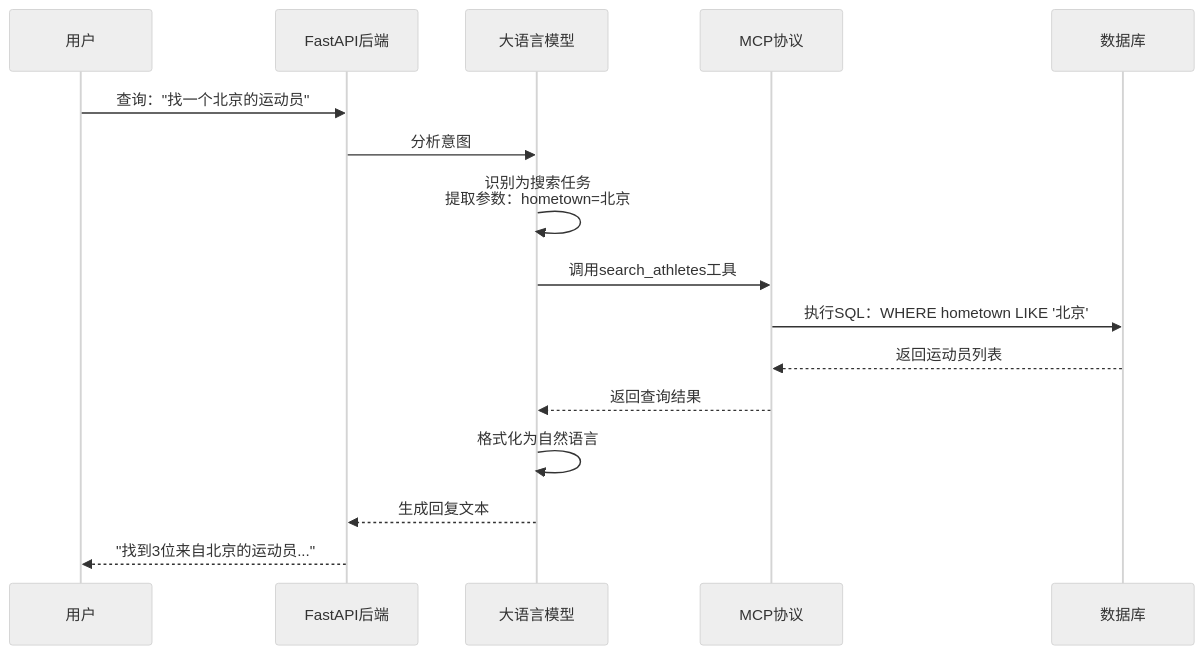
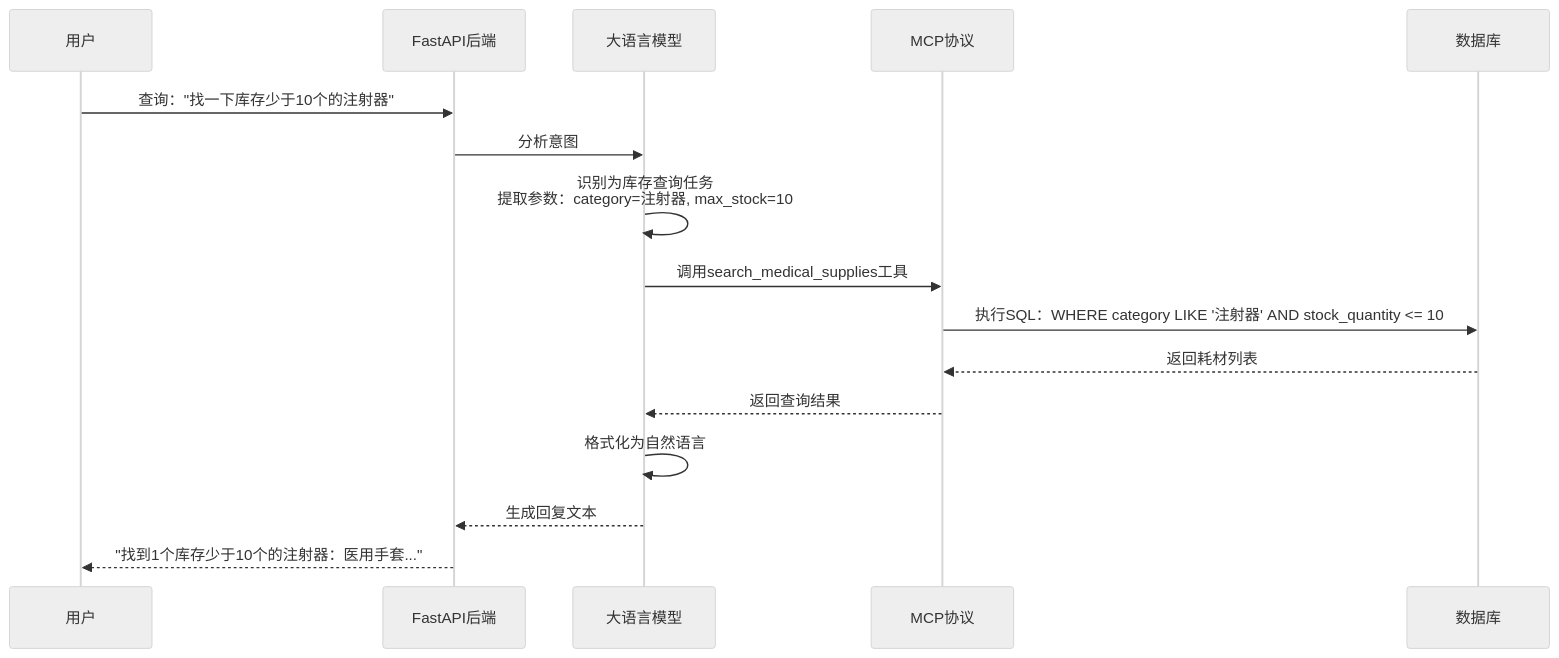
The first of 2 diagrams in tasks/简化版_核心调用链路流程图.md (LiuCH4NG/athlete_player_ai_manager), drawn with Mermaid (neutral theme) before and after one commit. The commit also changed other lines of this file and 10 other files, not shown here.

````diff
--- a/tasks/简化版_核心调用链路流程图.md
+++ b/tasks/简化版_核心调用链路流程图.md
@@ -3,19 +3,19 @@
 ```mermaid
 sequenceDiagram
     participant User as 用户
     participant Backend as FastAPI后端
     participant LLM as 大语言模型
     participant MCP as MCP协议
     participant DB as 数据库
 
-    User->>Backend: 查询："找一个北京的运动员"
+    User->>Backend: 查询："找一下库存少于10个的注射器"
     Backend->>LLM: 分析意图
-    LLM->>LLM: 识别为搜索任务<br/>提取参数：hometown=北京
-    LLM->>MCP: 调用search_athletes工具
-    MCP->>DB: 执行SQL：WHERE hometown LIKE '北京'
-    DB-->>MCP: 返回运动员列表
+    LLM->>LLM: 识别为库存查询任务<br/>提取参数：category=注射器, max_stock=10
+    LLM->>MCP: 调用search_medical_supplies工具
+    MCP->>DB: 执行SQL：WHERE category LIKE '注射器' AND stock_quantity <= 10
+    DB-->>MCP: 返回耗材列表
     MCP-->>LLM: 返回查询结果
     LLM->>LLM: 格式化为自然语言
     LLM-->>Backend: 生成回复文本
-    Backend-->>User: "找到3位来自北京的运动员..."
+    Backend-->>User: "找到1个库存少于10个的注射器：医用手套..."
 ```
````
